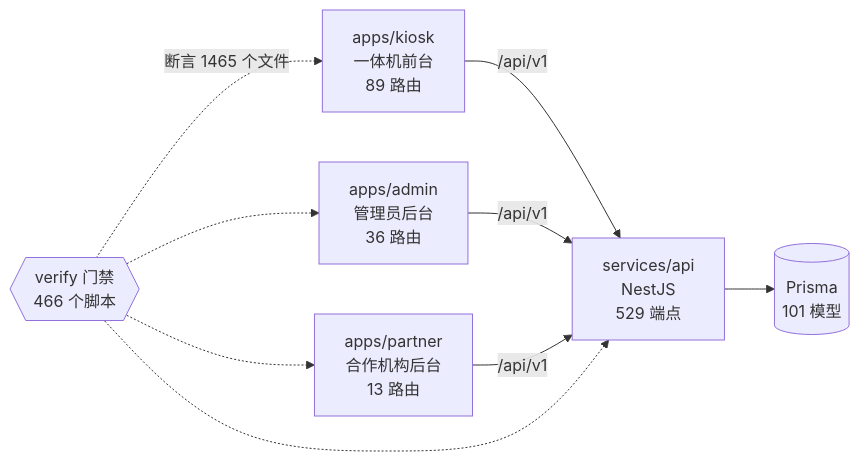
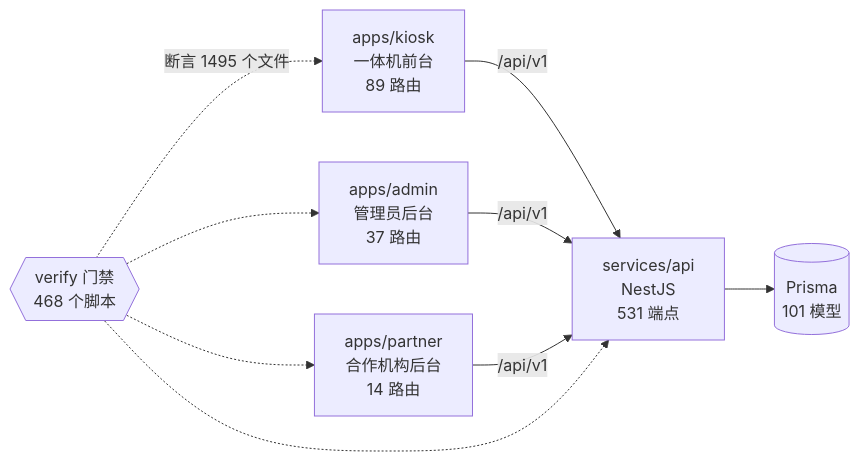
Before and after one commit to wanglei581/YITIJI: the diagram in docs/graph/README.md, drawn with Mermaid. The commit also changed other lines of this file and 7 other files, not shown here.

````diff
--- a/docs/graph/README.md
+++ b/docs/graph/README.md
@@ -68,18 +68,18 @@
 ```mermaid
 flowchart LR
   kiosk["apps/kiosk<br/>一体机前台<br/>89 路由"]
-  admin["apps/admin<br/>管理员后台<br/>36 路由"]
-  partner["apps/partner<br/>合作机构后台<br/>13 路由"]
-  api["services/api<br/>NestJS<br/>529 端点"]
+  admin["apps/admin<br/>管理员后台<br/>37 路由"]
+  partner["apps/partner<br/>合作机构后台<br/>14 路由"]
+  api["services/api<br/>NestJS<br/>531 端点"]
   db[("Prisma<br/>101 模型")]
-  gates{{"verify 门禁<br/>466 个脚本"}}
+  gates{{"verify 门禁<br/>468 个脚本"}}
 
   kiosk -->|"/api/v1"| api
   admin -->|"/api/v1"| api
   partner -->|"/api/v1"| api
   api --> db
-  gates -.->|"断言 1465 个文件"| kiosk
+  gates -.->|"断言 1495 个文件"| kiosk
   gates -.-> admin
   gates -.-> partner
   gates -.-> api
 ```
````
